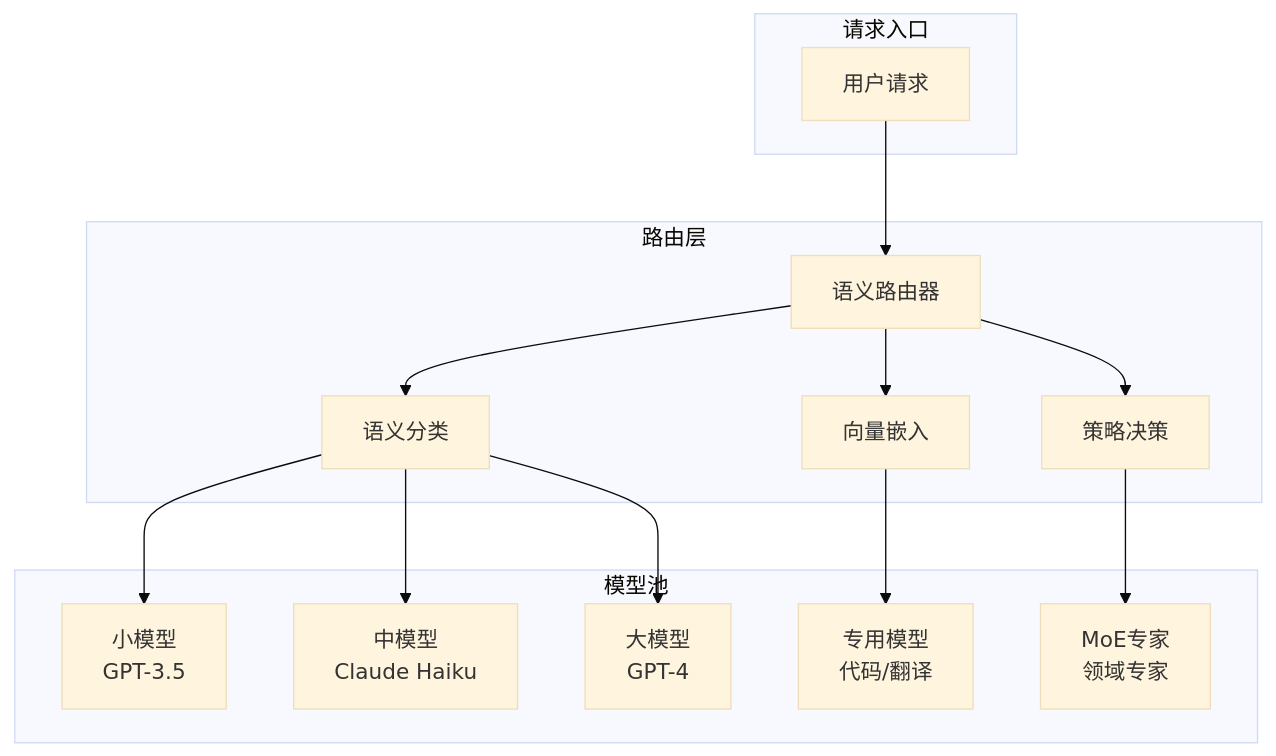
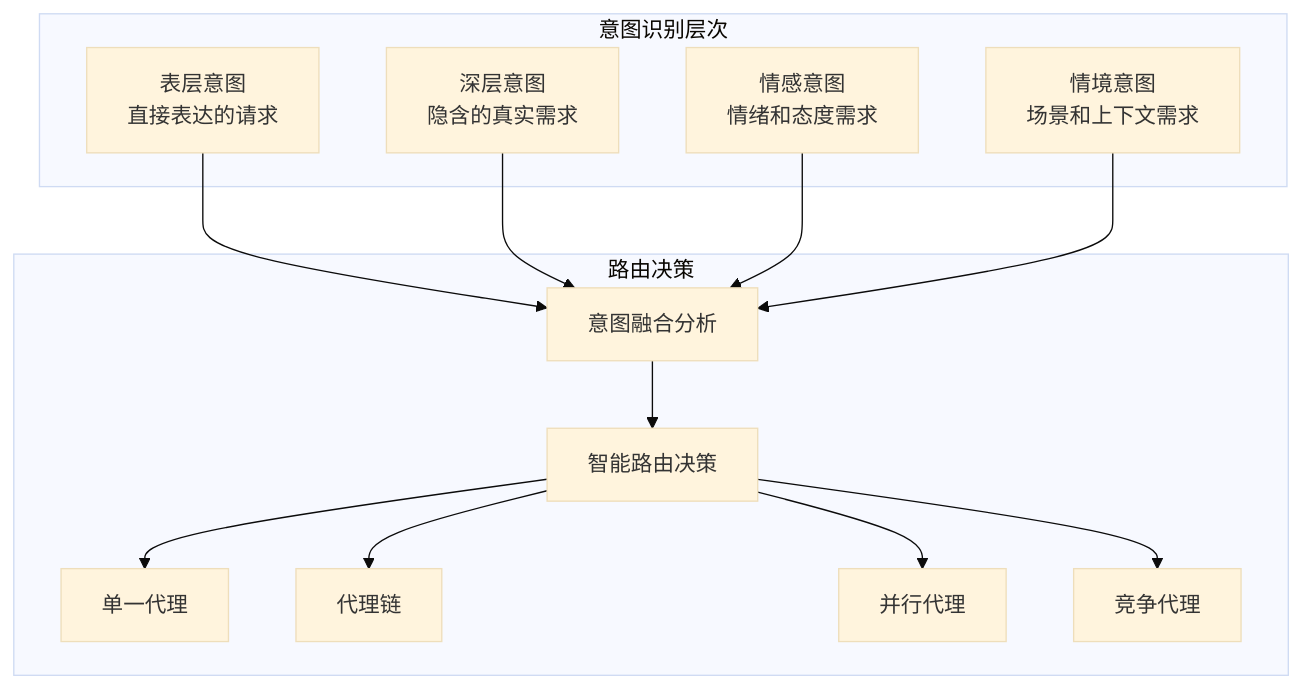
Before and after one commit to Xunzhuo/mini-sglang: the second of 3 diagrams in learning/website/docs/basics/24-semantic-routing.md, drawn with Mermaid (base theme). The commit also changed other lines of this file and 5 other files, not shown here.

````diff
--- a/learning/website/docs/basics/24-semantic-routing.md
+++ b/learning/website/docs/basics/24-semantic-routing.md
@@ -51,28 +179,22 @@
 ```mermaid
 graph TB
-    subgraph 请求入口
-        User[用户请求]
+    subgraph 意图识别层次
+        L1[表层意图<br>直接表达的请求]
+        L2[深层意图<br>隐含的真实需求]
+        L3[情感意图<br>情绪和态度需求]
+        L4[情境意图<br>场景和上下文需求]
     end
     
-    subgraph 路由层
-        Router[语义路由器]
-        Router --> Classify[语义分类]
-        Router --> Embed[向量嵌入]
-        Router --> Policy[策略决策]
+    subgraph 路由决策
+        Intent[意图融合分析] --> Route[智能路由决策]
+        Route --> Single[单一代理]
+        Route --> Chain[代理链]
+        Route --> Parallel[并行代理]
+        Route --> Competition[竞争代理]
     end
     
-    subgraph 模型池
-        M1[小模型<br>GPT-3.5]
-        M2[中模型<br>Claude Haiku]
-        M3[大模型<br>GPT-4]
-        M4[专用模型<br>代码/翻译]
-        M5[MoE专家<br>领域专家]
-    end
-    
-    User --> Router
-    Classify --> M1
-    Classify --> M2
-    Classify --> M3
-    Embed --> M4
-    Policy --> M5
+    L1 --> Intent
+    L2 --> Intent
+    L3 --> Intent
+    L4 --> Intent
 ```
````
